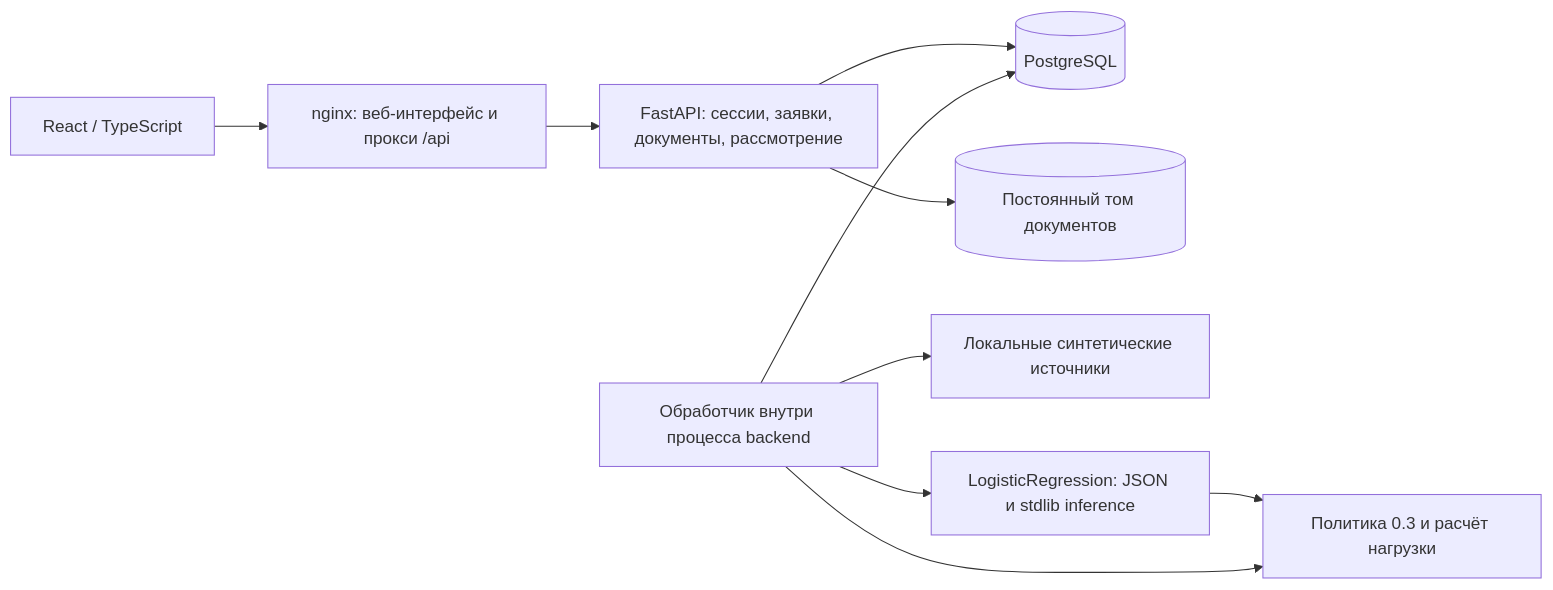
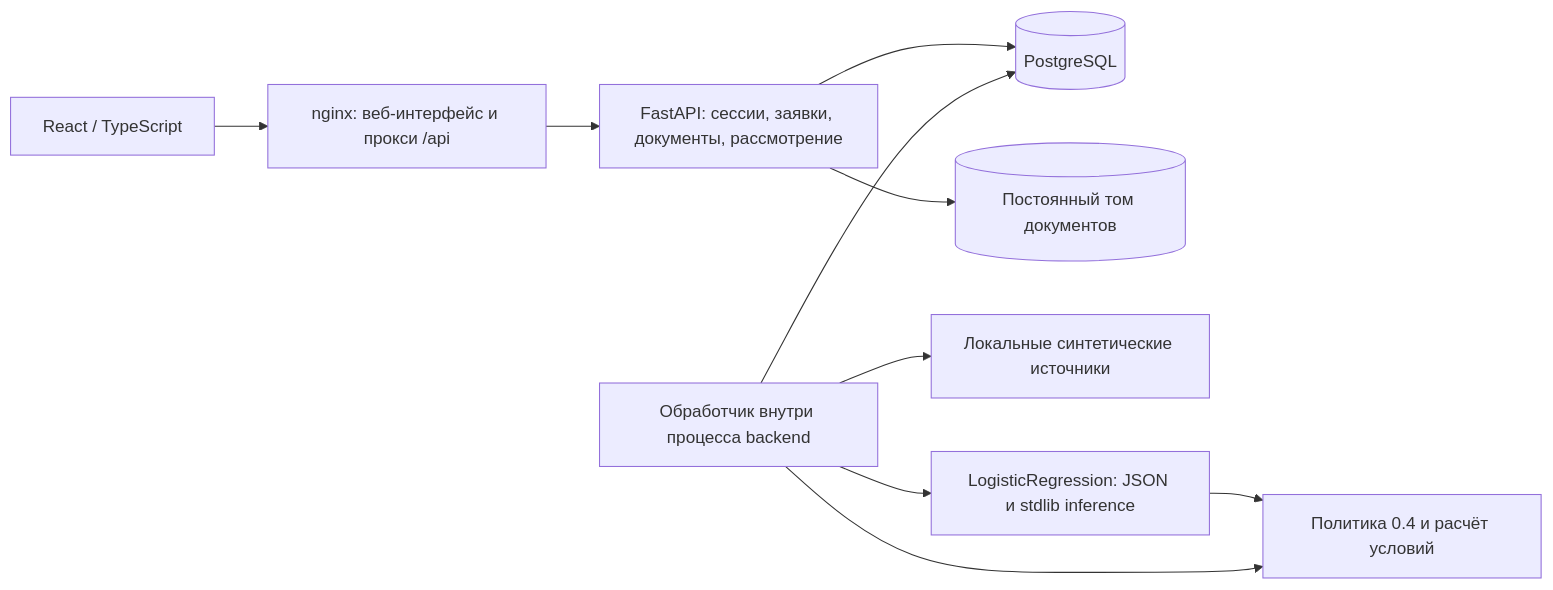
Before and after one commit to L3iHS/alfa-hack-smart-credit-cabinet: the first of 3 diagrams in docs/architecture.md, drawn with Mermaid. The commit also changed other lines of this file and 4 other files, not shown here.

Commit message:
Document six-product flows and recommendation contract

````diff
--- a/docs/architecture.md
+++ b/docs/architecture.md
@@ -7,12 +7,12 @@
 ```mermaid
 flowchart LR
     Browser[React / TypeScript] --> Nginx[nginx: веб-интерфейс и прокси /api]
     Nginx --> API[FastAPI: сессии, заявки, документы, рассмотрение]
     API --> DB[(PostgreSQL)]
     API --> Files[(Постоянный том документов)]
     Worker[Обработчик внутри процесса backend] --> DB
     Worker --> Providers[Локальные синтетические источники]
     Worker --> Model[LogisticRegression: JSON и stdlib inference]
-    Model --> Rules[Политика 0.3 и расчёт нагрузки]
+    Model --> Rules[Политика 0.4 и расчёт условий]
     Worker --> Rules
 ```
````
